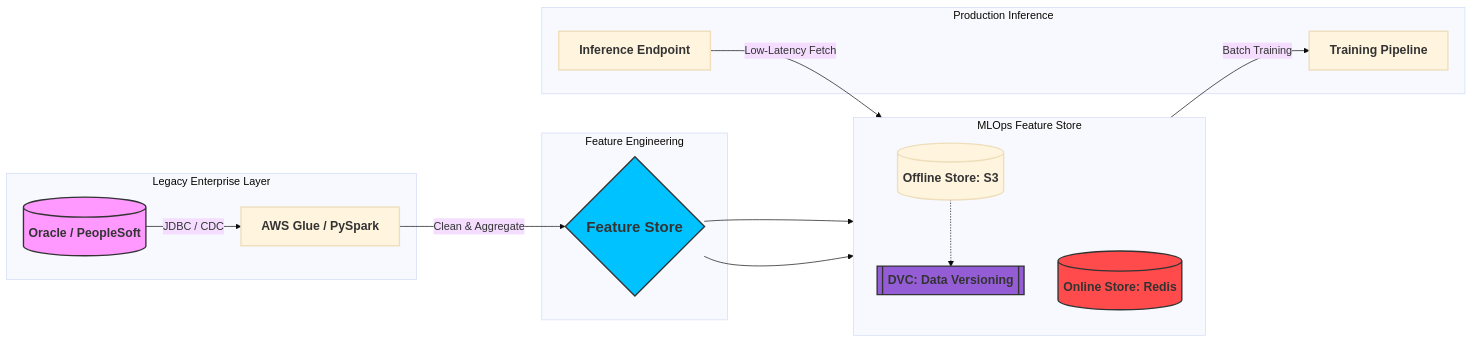
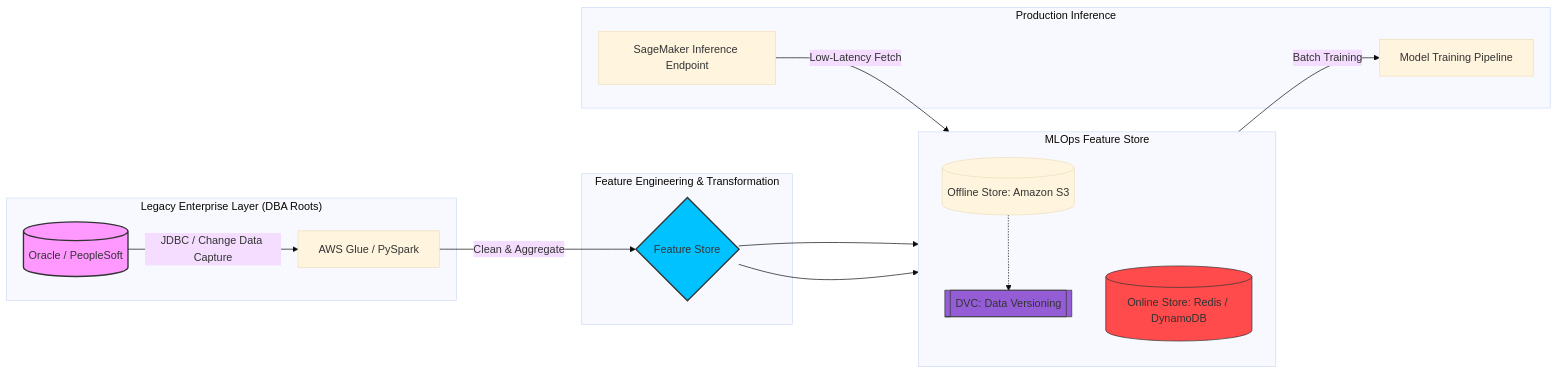
The diagram in README.md (singhajeet79/ml-feature-store), drawn with Mermaid (base theme) before and after one commit.

````diff
--- a/README.md
+++ b/README.md
@@ -1,37 +1,32 @@
 ```mermaid
 graph LR
-    %% Global Styling for Larger Text
-    classDef largeText font-size:18px,font-weight:bold,stroke-width:2px;
-    classDef headerText font-size:22px,font-weight:bold,fill:#fff,stroke:#333;
-
-    subgraph "Legacy Enterprise Layer"
-        DB[(Oracle / PeopleSoft)]:::largeText -- "JDBC / CDC" --> Glue:::largeText
+    subgraph "Legacy Enterprise Layer (DBA Roots)"
+        DB[(Oracle / PeopleSoft)] -- "JDBC / Change Data Capture" --> Glue
     end
 
-    subgraph "Feature Engineering"
-        Glue[AWS Glue / PySpark]:::largeText -- "Clean & Aggregate" --> FS:::largeText
+    subgraph "Feature Engineering & Transformation"
+        Glue[AWS Glue / PySpark] -- "Clean & Aggregate" --> FS
     end
 
     subgraph "MLOps Feature Store"
         direction TB
-        FS{Feature Store}:::headerText
-        Offline[(Offline Store: S3)]:::largeText
-        Online[(Online Store: Redis)]:::largeText
-        DVC[[DVC: Data Versioning]]:::largeText
+        FS{Feature Store}
+        Offline[(Offline Store: Amazon S3)]
+        Online[(Online Store: Redis / DynamoDB)]
+        DVC[[DVC: Data Versioning]]
         
         FS --> Offline
         FS --> Online
         Offline -.-> DVC
     end
 
     subgraph "Production Inference"
-        Model[Inference Endpoint]:::largeText -- "Low-Latency Fetch" --> Online
-        Offline -- "Batch Training" --> Training[Training Pipeline]:::largeText
+        Model[SageMaker Inference Endpoint] -- "Low-Latency Fetch" --> Online
+        Offline -- "Batch Training" --> Training[Model Training Pipeline]
     end
 
-    %% Color Styling
-    style DB fill:#f9f,stroke:#333
-    style FS fill:#00c2ff,stroke:#333
+    style DB fill:#f9f,stroke:#333,stroke-width:2px
+    style FS fill:#00c2ff,stroke:#333,stroke-width:2px
     style Online fill:#ff4b4b,stroke:#333
     style DVC fill:#945dd6,stroke:#333
 ```
````
